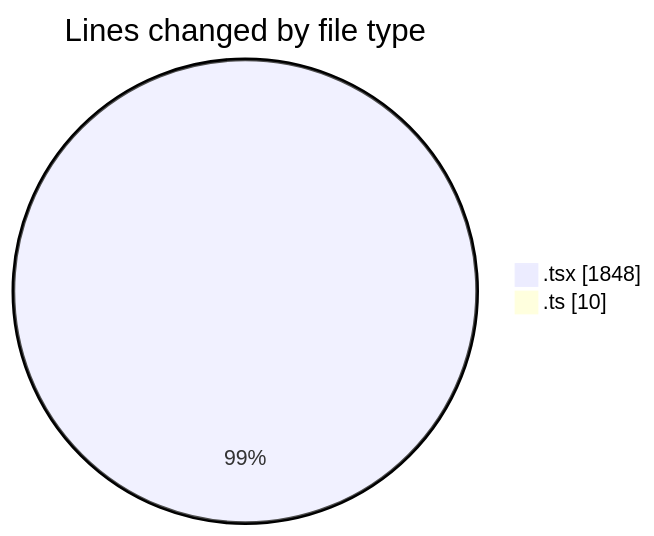
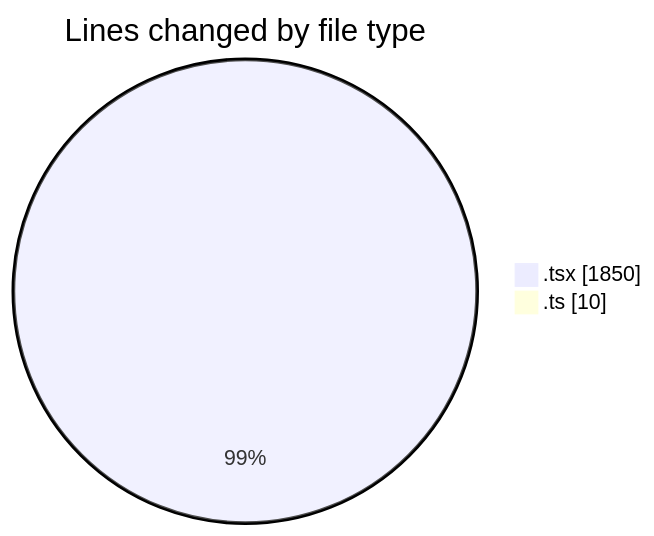
One commit to momahboobian/code-tracking changed the first of 2 diagrams in 2025-11-07/cda/README.md. Above: the diagram before and after it, drawn with Mermaid. The commit also changed other lines of this file and 1 other file, not shown here.

````diff
--- a/2025-11-07/cda/README.md
+++ b/2025-11-07/cda/README.md
@@ -21,6 +21,6 @@
 ```mermaid
 pie showData
 title Lines changed by file type
-".tsx" : 1848
+".tsx" : 1850
 ".ts" : 10
 ```
````
